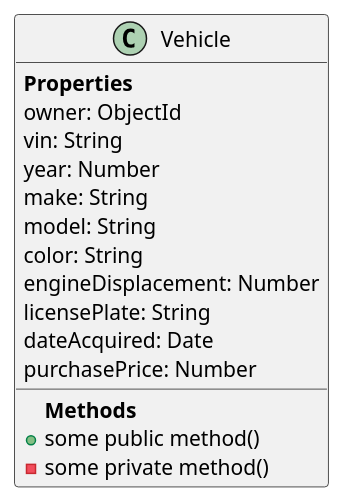
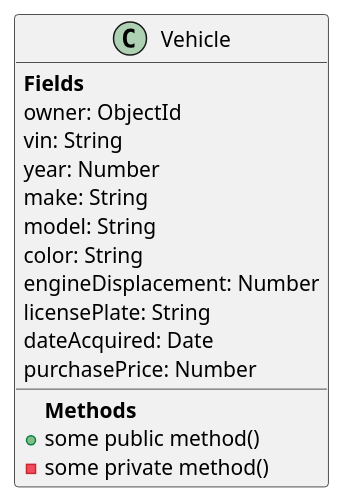
Before and after one commit to TwoFistedJustice/manifold: the diagram in src/app/odm/uml/vehicle.puml, drawn with PlantUML. The commit also changed 2 other files, not shown here.

Commit message:
Clean up UML

```diff
--- a/src/app/odm/uml/vehicle.puml
+++ b/src/app/odm/uml/vehicle.puml
@@ -1,20 +1,21 @@
 @startuml
 class Vehicle {
-{field} <b>Properties</b>
+{field} <b>Fields</b>
 owner: ObjectId
 vin: String
 year: Number
 make: String
 model: String
 color: String
 engineDisplacement: Number
 licensePlate: String
 dateAcquired: Date
 purchasePrice: Number
+
 {method}<b>Methods</b>
 +some public method()
 -some private method()
 }
 
 
 @enduml
```
